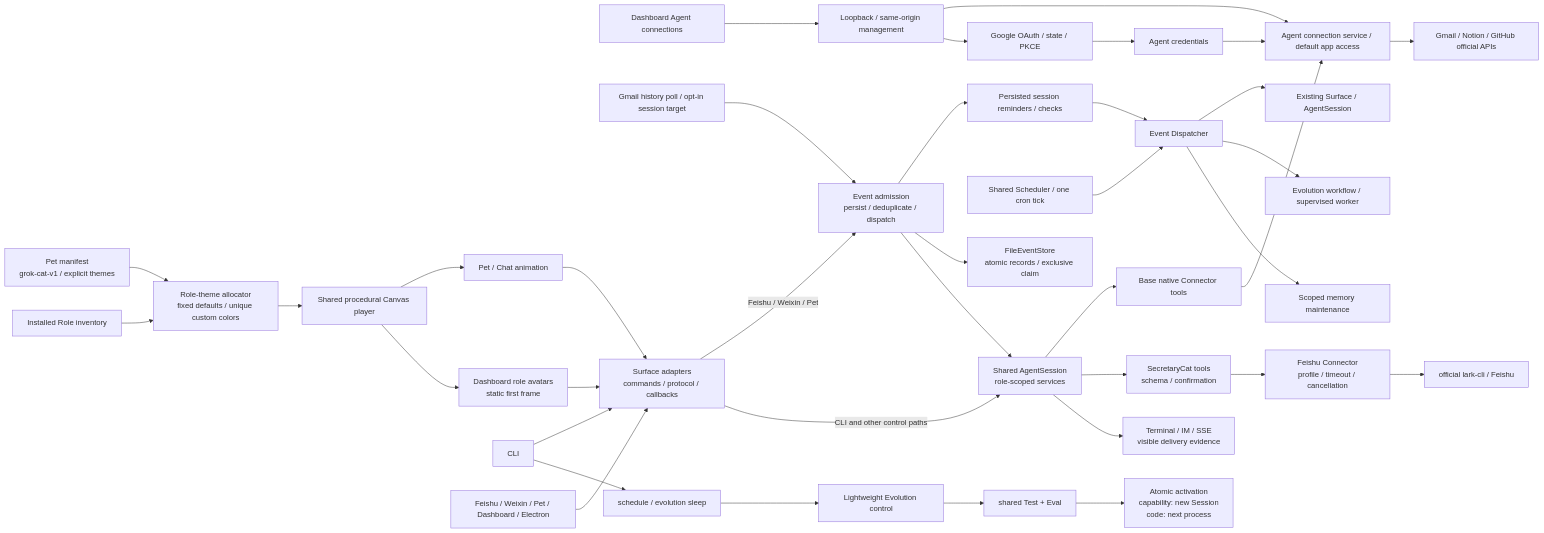
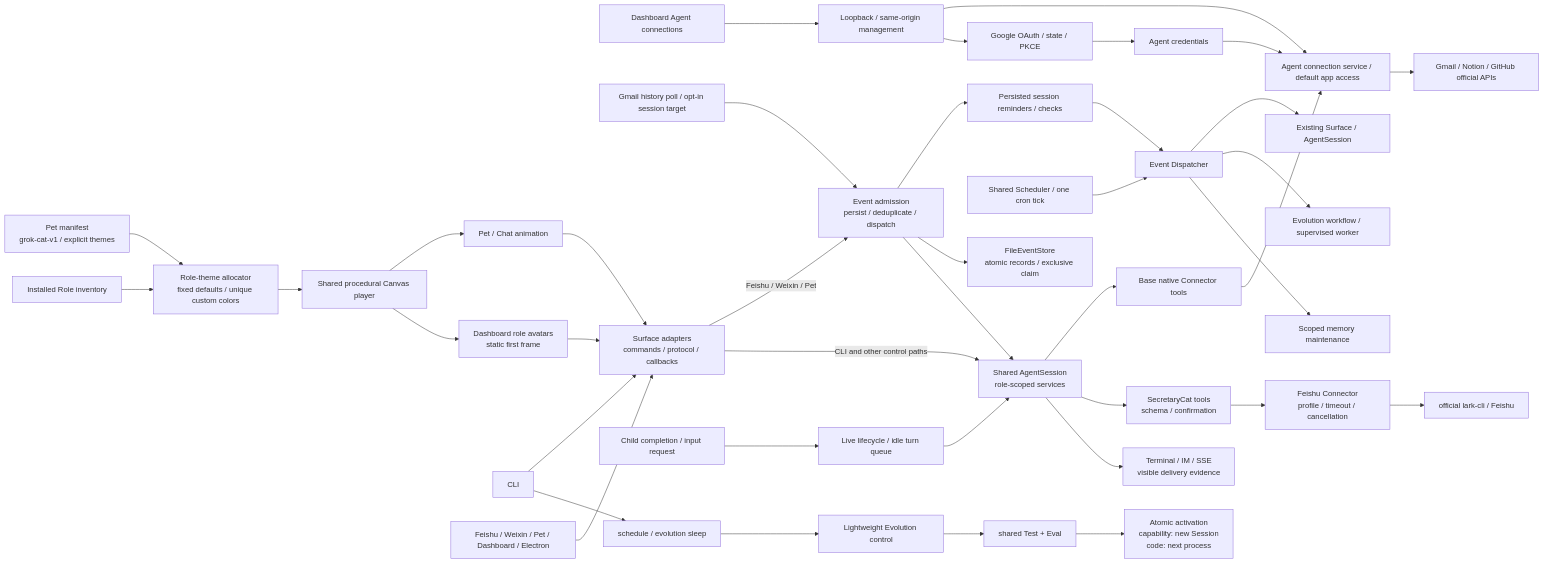
Before and after one commit to fightheyyy/xiaobaOS: the first of 2 diagrams in docs/surface/SPEC.md, drawn with Mermaid. The commit also changed other lines of this file and 18 other files, not shown here.

````diff
--- a/docs/surface/SPEC.md
+++ b/docs/surface/SPEC.md
@@ -42,39 +42,41 @@
 ```mermaid
 flowchart LR
     ConnectorPage["Dashboard Agent connections"] --> LocalAdmin["Loopback / same-origin management"]
     LocalAdmin --> AppService
     LocalAdmin --> OAuth["Google OAuth / state / PKCE"]
     OAuth --> AgentCredentials
     Session --> NativeTools["Base native Connector tools"]
     NativeTools --> AppService["Agent connection service / default app access"]
     AgentCredentials["Agent credentials"] --> AppService
     GmailHistory["Gmail history poll / opt-in session target"] --> Event
     Event --> SessionTimer
     AppService --> AppAPI["Gmail / Notion / GitHub official APIs"]
     SessionTimer["Persisted session reminders / checks"] --> ScheduledEvents
     ScheduledEvents --> SessionWake["Existing Surface / AgentSession"]
     DailyScheduler["Shared Scheduler / one cron tick"] --> ScheduledEvents["Event Dispatcher"]
     ScheduledEvents --> EvolutionConsumer["Evolution workflow / supervised worker"]
     ScheduledEvents --> MemoryConsumer["Scoped memory maintenance"]
     PetAssets["Pet manifest<br/>grok-cat-v1 / explicit themes"] --> ThemeAllocator["Role-theme allocator<br/>fixed defaults / unique custom colors"]
     RoleInventory["Installed Role inventory"] --> ThemeAllocator
     ThemeAllocator --> PetPlayer["Shared procedural Canvas player"]
     PetPlayer --> PetViews["Pet / Chat animation"]
     PetPlayer --> DashboardAvatars["Dashboard role avatars<br/>static first frame"]
     PetViews --> Adapters
     DashboardAvatars --> Adapters
     CLI["CLI"] --> Adapters["Surface adapters<br/>commands / protocol / callbacks"]
     Channels["Feishu / Weixin / Pet / Dashboard / Electron"] --> Adapters
     Adapters -->|Feishu / Weixin / Pet| Event["Event admission<br/>persist / deduplicate / dispatch"]
     Event --> Store["FileEventStore<br/>atomic records / exclusive claim"]
+    ChildFeedback["Child completion / input request"] --> TurnQueue["Live lifecycle / idle turn queue"]
+    TurnQueue --> Session
     Event --> Session["Shared AgentSession<br/>role-scoped services"]
     Adapters -->|CLI and other control paths| Session
     Session --> Tools["SecretaryCat tools<br/>schema / confirmation"]
     Tools --> Connector["Feishu Connector<br/>profile / timeout / cancellation"]
     Connector --> Lark["official lark-cli / Feishu"]
     Session --> Delivery["Terminal / IM / SSE<br/>visible delivery evidence"]
     CLI --> Sleep["schedule / evolution sleep"]
     Sleep --> Control["Lightweight Evolution control"]
     Control --> TestEval["shared Test + Eval"]
     TestEval --> Activation["Atomic activation<br/>capability: new Session<br/>code: next process"]
 ```
````
